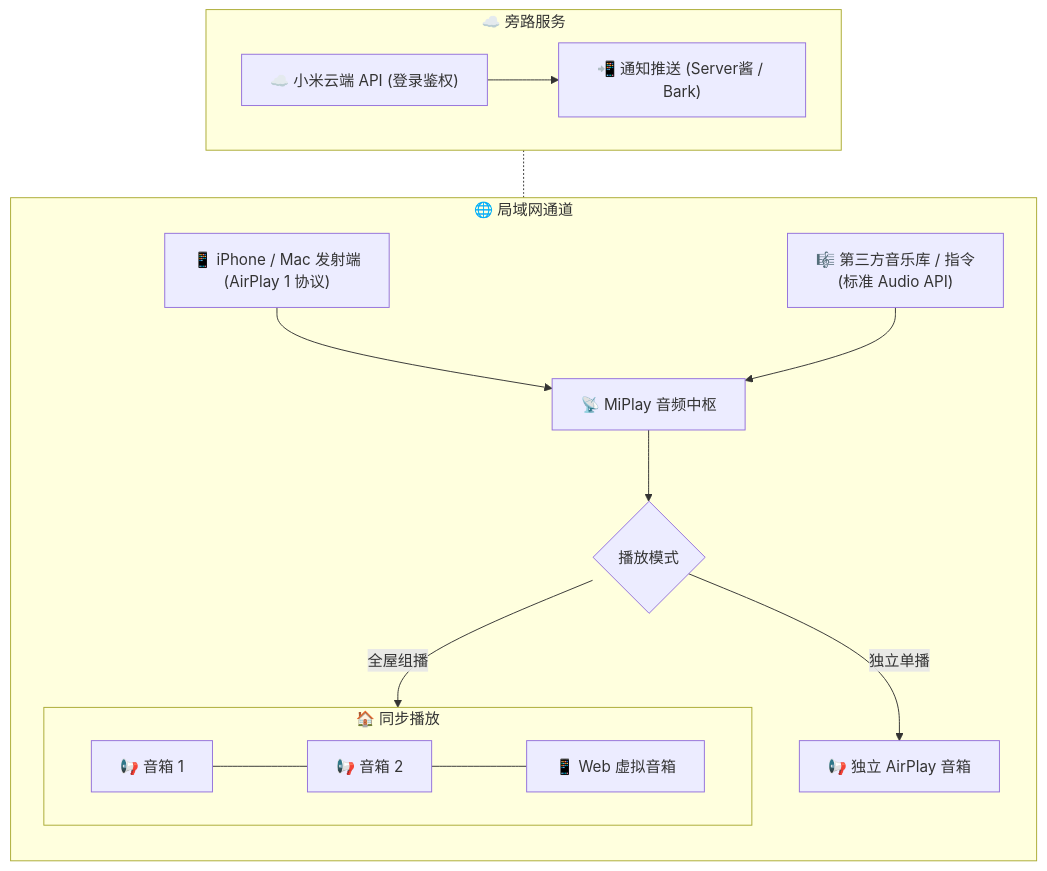
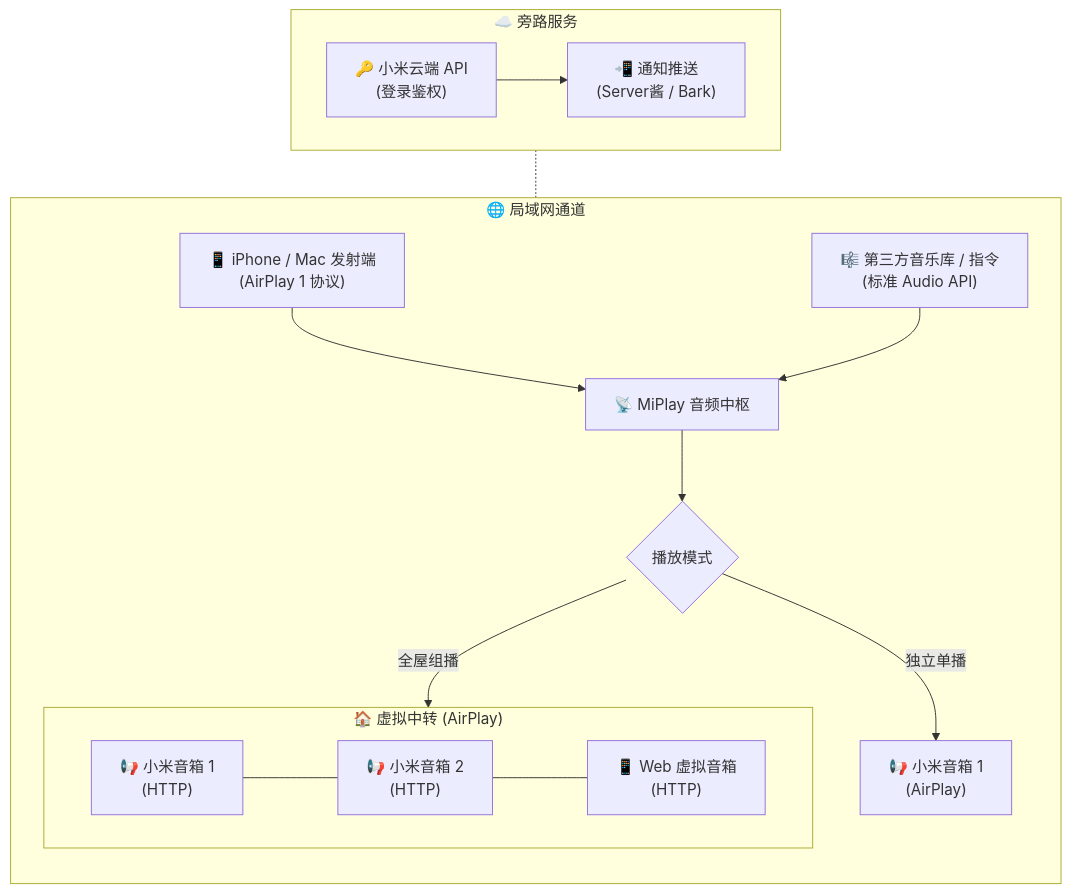
One commit to juneix/MiPlay2 changed the diagram in README.md. Above: the diagram before and after it, drawn with Mermaid.

Commit message:
开放 api

````diff
--- a/README.md
+++ b/README.md
@@ -40,25 +40,25 @@
 ```mermaid
 flowchart TD
     subgraph Side ["☁️ 旁路服务"]
         direction LR
-        Cloud["☁️ 小米云端 API (登录鉴权)"] --> Notify["📲 通知推送 (Server酱 / Bark)"]
+        Cloud["🔑 小米云端 API<br/>(登录鉴权)"] --> Notify["📲 通知推送<br/>(Server酱 / Bark)"]
     end
 
     subgraph LAN ["🌐 局域网通道"]
         direction TD
         A1["📱 iPhone / Mac 发射端<br/>(AirPlay 1 协议)"] --> B["📡 MiPlay 音频中枢"]
         A2["🎼 第三方音乐库 / 指令<br/>(标准 Audio API)"] --> B
         
         B --> C{"播放模式"}
         
-        C -->|独立单播| D["📢 独立 AirPlay 音箱"]
+        C -->|独立单播| D["📢 小米音箱 1<br/>(AirPlay)"]
         C -->|全屋组播| E
         
-        subgraph E ["🏠 同步播放"]
+        subgraph E ["🏠 虚拟中转 (AirPlay)"]
             direction LR
-            E1["📢 音箱 1"] --- E2["📢 音箱 2"] --- E3["📱 Web 虚拟音箱"]
+            E1["📢 小米音箱 1<br/>(HTTP)"] --- E2["📢 小米音箱 2<br/>(HTTP)"] --- E3["📱 Web 虚拟音箱<br/>(HTTP)"]
         end
     end
 
     Side -.- LAN
 ```
````
